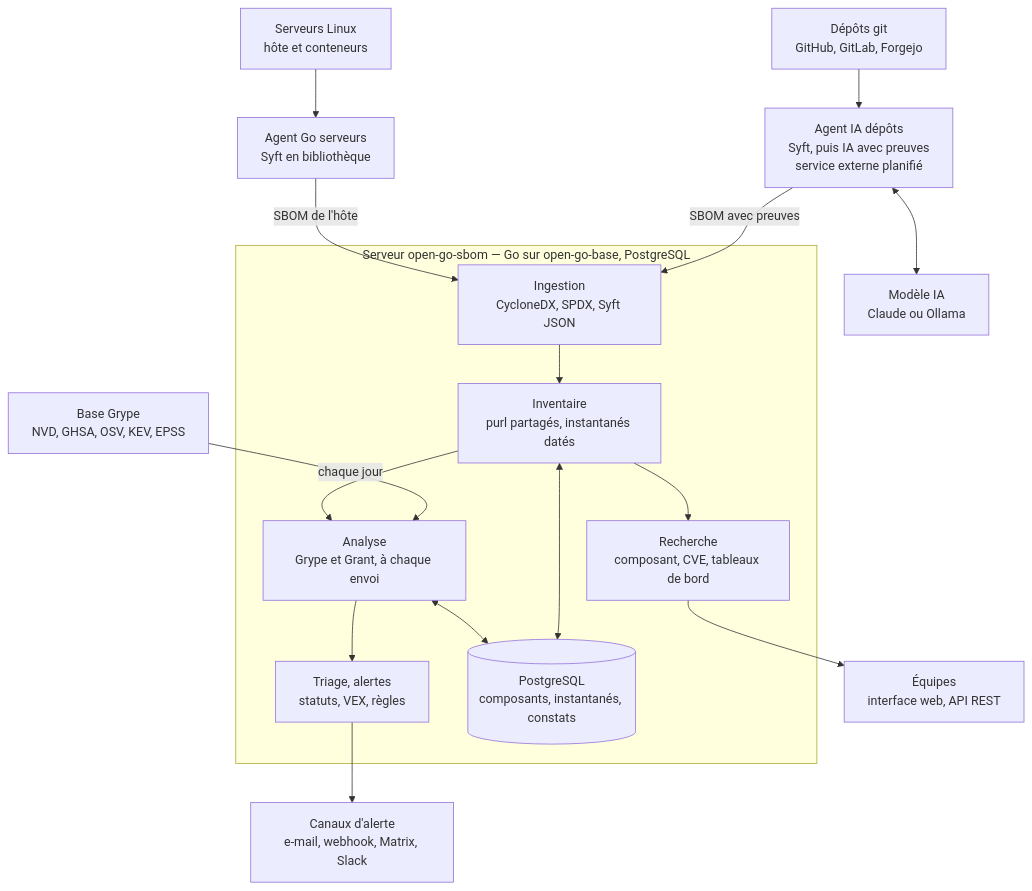
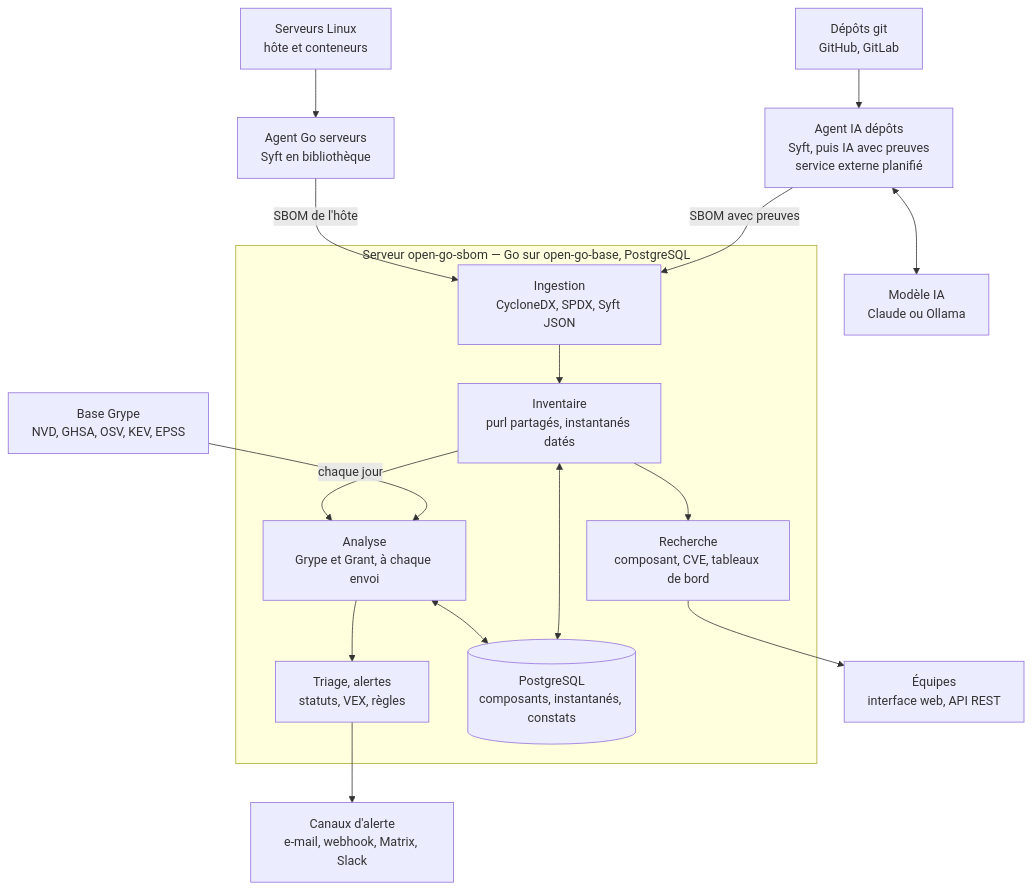
Before and after one commit to leblanc-simon/open-go-sbom: the diagram in docs/cahier-des-charges.md, drawn with Mermaid. The commit also changed other lines of this file and 15 other files, not shown here.

````diff
--- a/docs/cahier-des-charges.md
+++ b/docs/cahier-des-charges.md
@@ -75,33 +75,33 @@
 ```mermaid
 flowchart TB
-    repos["Dépôts git<br/>GitHub, GitLab, Forgejo"]
+    repos["Dépôts git<br/>GitHub, GitLab"]
     servers["Serveurs Linux<br/>hôte et conteneurs"]
     model["Modèle IA<br/>Claude ou Ollama"]
     agentAI["Agent IA dépôts<br/>Syft, puis IA avec preuves<br/>service externe planifié"]
     agentGo["Agent Go serveurs<br/>Syft en bibliothèque"]
     grypeDB["Base Grype<br/>NVD, GHSA, OSV, KEV, EPSS"]
     teams["Équipes<br/>interface web, API REST"]
     alerts["Canaux d'alerte<br/>e-mail, webhook, Matrix, Slack"]
 
     subgraph server["Serveur open-go-sbom — Go sur open-go-base, PostgreSQL"]
         ingestion["Ingestion<br/>CycloneDX, SPDX, Syft JSON"]
         inventory["Inventaire<br/>purl partagés, instantanés datés"]
         analysis["Analyse<br/>Grype et Grant, à chaque envoi"]
         triage["Triage, alertes<br/>statuts, VEX, règles"]
         search["Recherche<br/>composant, CVE, tableaux de bord"]
         pg[("PostgreSQL<br/>composants, instantanés, constats")]
     end
 
     repos --> agentAI
     servers --> agentGo
     agentAI <--> model
     agentAI -- "SBOM avec preuves" --> ingestion
     agentGo -- "SBOM de l'hôte" --> ingestion
     grypeDB -- "chaque jour" --> analysis
     ingestion --> inventory --> analysis --> triage
     inventory --> search
     inventory <--> pg
     analysis <--> pg
     search --> teams
     triage --> alerts
 ```
````
